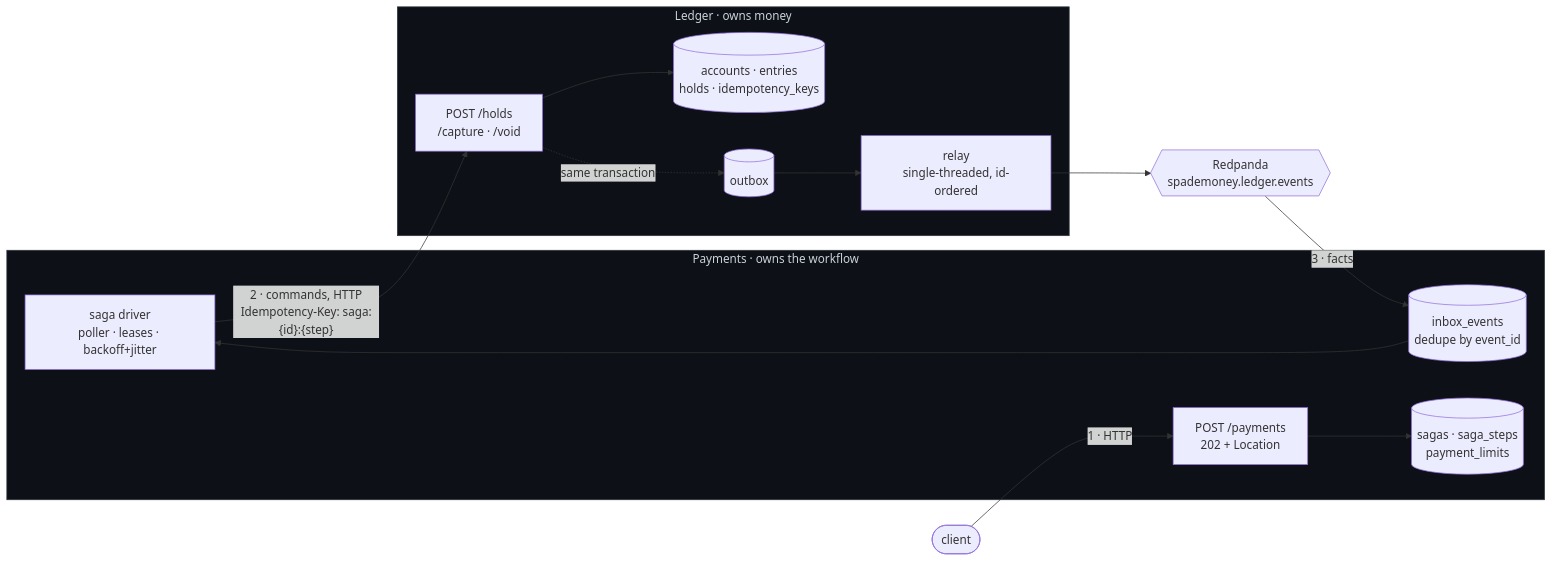
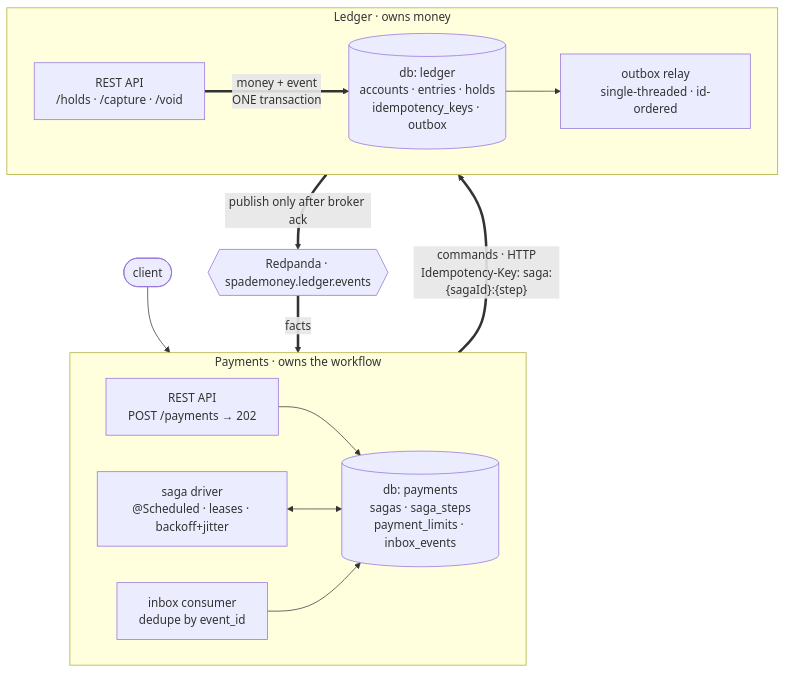
One commit to wuy55/spademoney changed the first of 2 diagrams in README.md. Above: the diagram before and after it, drawn with Mermaid. The commit also changed other lines of this file, not shown here.

````diff
--- a/README.md
+++ b/README.md
@@ -40,33 +46,32 @@
 ```mermaid
-flowchart LR
+flowchart TB
     client([client])
 
-    subgraph payments["Payments · owns the workflow"]
-        api["POST /payments<br/>202 + Location"]
-        saga["saga driver<br/>poller · leases · backoff+jitter"]
-        inbox[("inbox_events<br/>dedupe by event_id")]
-        limits[("sagas · saga_steps<br/>payment_limits")]
+    subgraph pay["Payments · owns the workflow"]
+        direction LR
+        papi["REST API<br/>POST /payments → 202"]
+        pdrv["saga driver<br/>@Scheduled · leases · backoff+jitter"]
+        pinb["inbox consumer<br/>dedupe by event_id"]
+        pdb[("db: payments<br/>sagas · saga_steps<br/>payment_limits · inbox_events")]
     end
 
-    subgraph ledger["Ledger · owns money"]
-        rest["POST /holds<br/>/capture · /void"]
-        money[("accounts · entries<br/>holds · idempotency_keys")]
-        outbox[("outbox")]
-        relay["relay<br/>single-threaded, id-ordered"]
+    subgraph led["Ledger · owns money"]
+        direction LR
+        lapi["REST API<br/>/holds · /capture · /void"]
+        ldb[("db: ledger<br/>accounts · entries · holds<br/>idempotency_keys · outbox")]
+        lrel["outbox relay<br/>single-threaded · id-ordered"]
     end
 
-    broker{{"Redpanda<br/>spademoney.ledger.events"}}
+    kafka{{"Redpanda · spademoney.ledger.events"}}
 
-    client -->|"1 · HTTP"| api
-    api --> limits
-    saga -->|"2 · commands, HTTP<br/>Idempotency-Key: saga:{id}:{step}"| rest
-    rest --> money
-    rest -.->|"same transaction"| outbox
-    relay --> broker
-    outbox --> relay
-    broker -->|"3 · facts"| inbox
-    inbox --> saga
+    client --> papi
+    papi --> pdb
+    pdrv <--> pdb
+    pinb --> pdb
 
-    style ledger fill:#0d1117,stroke:#30363d,color:#c9d1d9
-    style payments fill:#0d1117,stroke:#30363d,color:#c9d1d9
+    pdrv ==>|"commands · HTTP<br/>Idempotency-Key: saga:{sagaId}:{step}"| lapi
+    lapi ==>|"money + event<br/>ONE transaction"| ldb
+    ldb --> lrel
+    lrel ==>|"publish only after broker ack"| kafka
+    kafka ==>|"facts"| pinb
 ```
````
